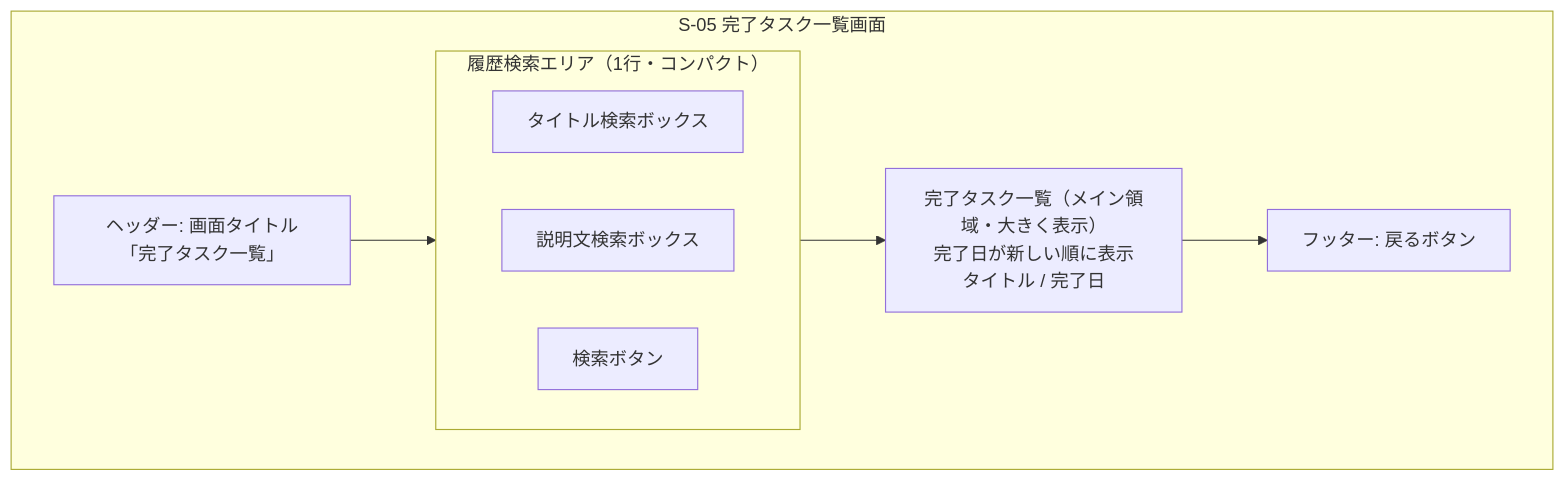
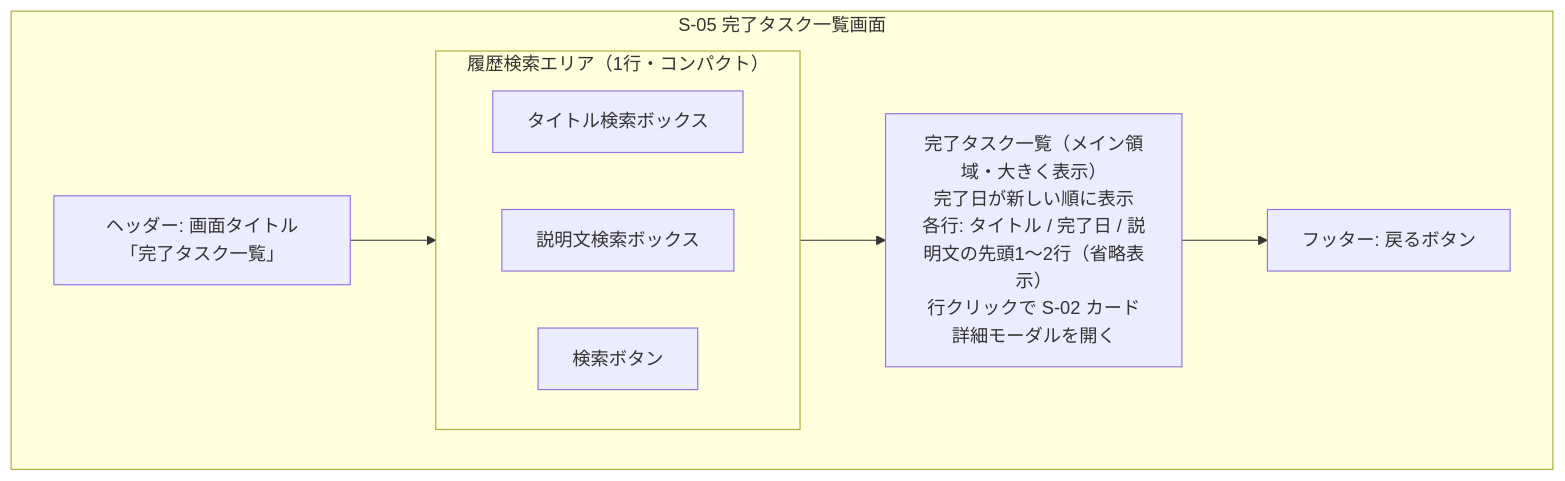
The ninth of 9 diagrams in docs/requirements.md (yamamotonaoki3/TaskManagement), drawn with Mermaid before and after one commit. The commit also changed other lines of this file, not shown here.

````diff
--- a/docs/requirements.md
+++ b/docs/requirements.md
@@ -334,15 +341,15 @@
 ```mermaid
 flowchart TB
     subgraph S05[S-05 完了タスク一覧画面]
         H05[ヘッダー: 画面タイトル「完了タスク一覧」]
         subgraph Search[履歴検索エリア（1行・コンパクト）]
             direction LR
             T05[タイトル検索ボックス]
             D05[説明文検索ボックス]
             B05[検索ボタン]
         end
-        R05[完了タスク一覧（メイン領域・大きく表示）<br/>完了日が新しい順に表示<br/>タイトル / 完了日]
+        R05[完了タスク一覧（メイン領域・大きく表示）<br/>完了日が新しい順に表示<br/>各行: タイトル / 完了日 / 説明文の先頭1〜2行（省略表示）<br/>行クリックで S-02 カード詳細モーダルを開く]
         F05[フッター: 戻るボタン]
         H05 --> Search --> R05 --> F05
     end
 ```
````
